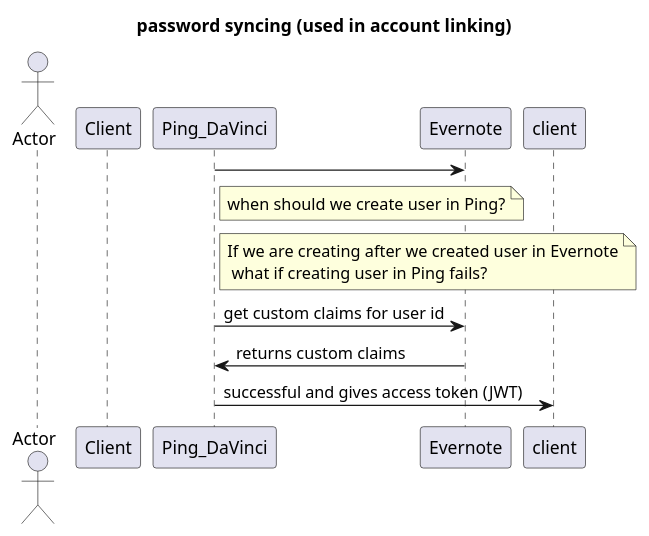
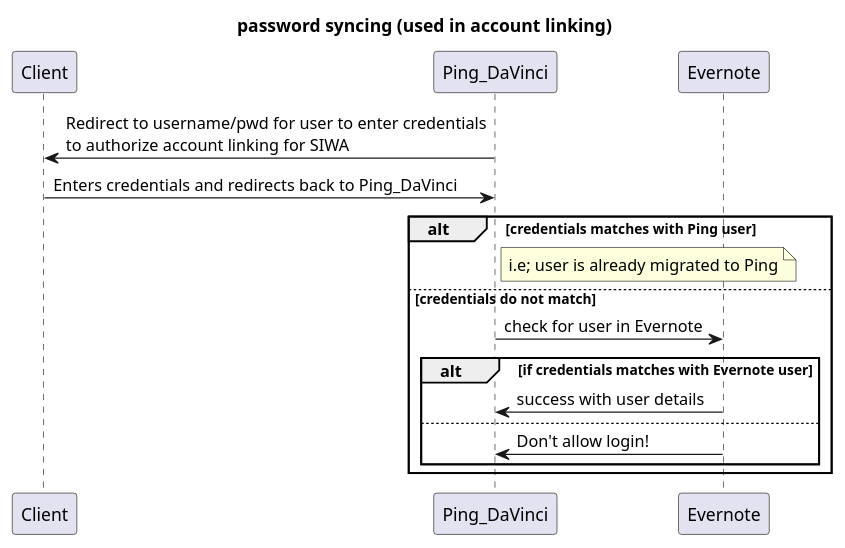
Before and after one commit to naganareshp/plant-uml-samples: the diagram in SIWA_password_sync.puml, drawn with PlantUML.

Commit message:
initial check-in

```diff
--- a/SIWA_password_sync.puml
+++ b/SIWA_password_sync.puml
@@ -1,13 +1,18 @@
 @startuml you-look-familiar
 title password syncing (used in account linking)
-actor Actor as User
 participant Client
 participant Ping_DaVinci
 participant Evernote
-Ping_DaVinci->Evernote:
-note right of Ping_DaVinci: when should we create user in Ping?
-note right of Ping_DaVinci: If we are creating after we created user in Evernote\n what if creating user in Ping fails?
-Ping_DaVinci->Evernote: get custom claims for user id
-Evernote->Ping_DaVinci: returns custom claims
-Ping_DaVinci->client: successful and gives access token (JWT)
+Ping_DaVinci->Client: Redirect to username/pwd for user to enter credentials\nto authorize account linking for SIWA
+Client->Ping_DaVinci: Enters credentials and redirects back to Ping_DaVinci
+alt  credentials matches with Ping user
+    note right of Ping_DaVinci: i.e; user is already migrated to Ping
+else credentials do not match
+    Ping_DaVinci->Evernote: check for user in Evernote
+    alt if credentials matches with Evernote user
+        Evernote->Ping_DaVinci: success with user details
+    else
+        Evernote->Ping_DaVinci: Don't allow login!
+    end
+end
 @enduml
```
